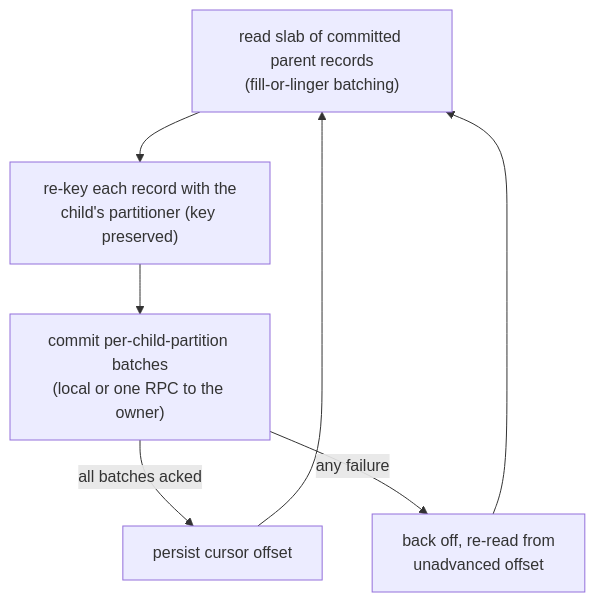
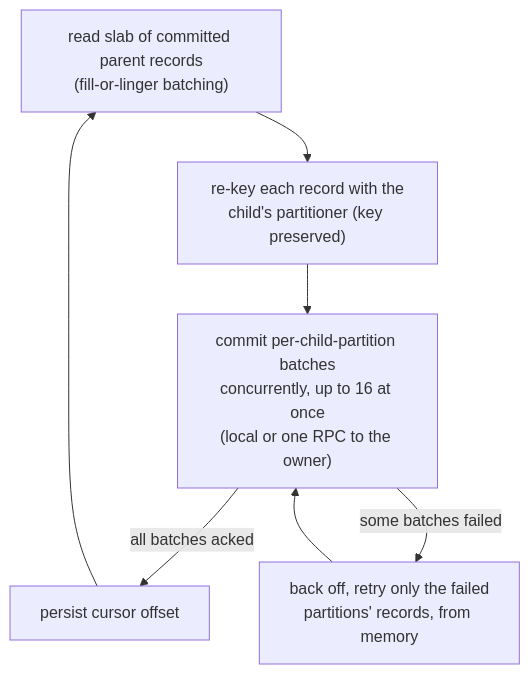
The second of 3 diagrams in docs/internals/fanout-engine.md (DebanganThakuria/narad), drawn with Mermaid before and after one commit. The commit also changed other lines of this file and 17 other files, not shown here.

````diff
--- a/docs/internals/fanout-engine.md
+++ b/docs/internals/fanout-engine.md
@@ -25,8 +25,8 @@
 ```mermaid
 flowchart TD
     READ["read slab of committed parent records<br/>(fill-or-linger batching)"] --> REKEY["re-key each record with the<br/>child's partitioner (key preserved)"]
-    REKEY --> COMMIT["commit per-child-partition batches<br/>(local or one RPC to the owner)"]
+    REKEY --> COMMIT["commit per-child-partition batches<br/>concurrently, up to 16 at once<br/>(local or one RPC to the owner)"]
     COMMIT -->|all batches acked| PERSIST["persist cursor offset"]
     PERSIST --> READ
-    COMMIT -->|any failure| RETRY["back off, re-read from<br/>unadvanced offset"] --> READ
+    COMMIT -->|some batches failed| RETRY["back off, retry only the failed<br/>partitions' records, from memory"] --> COMMIT
 ```
````
